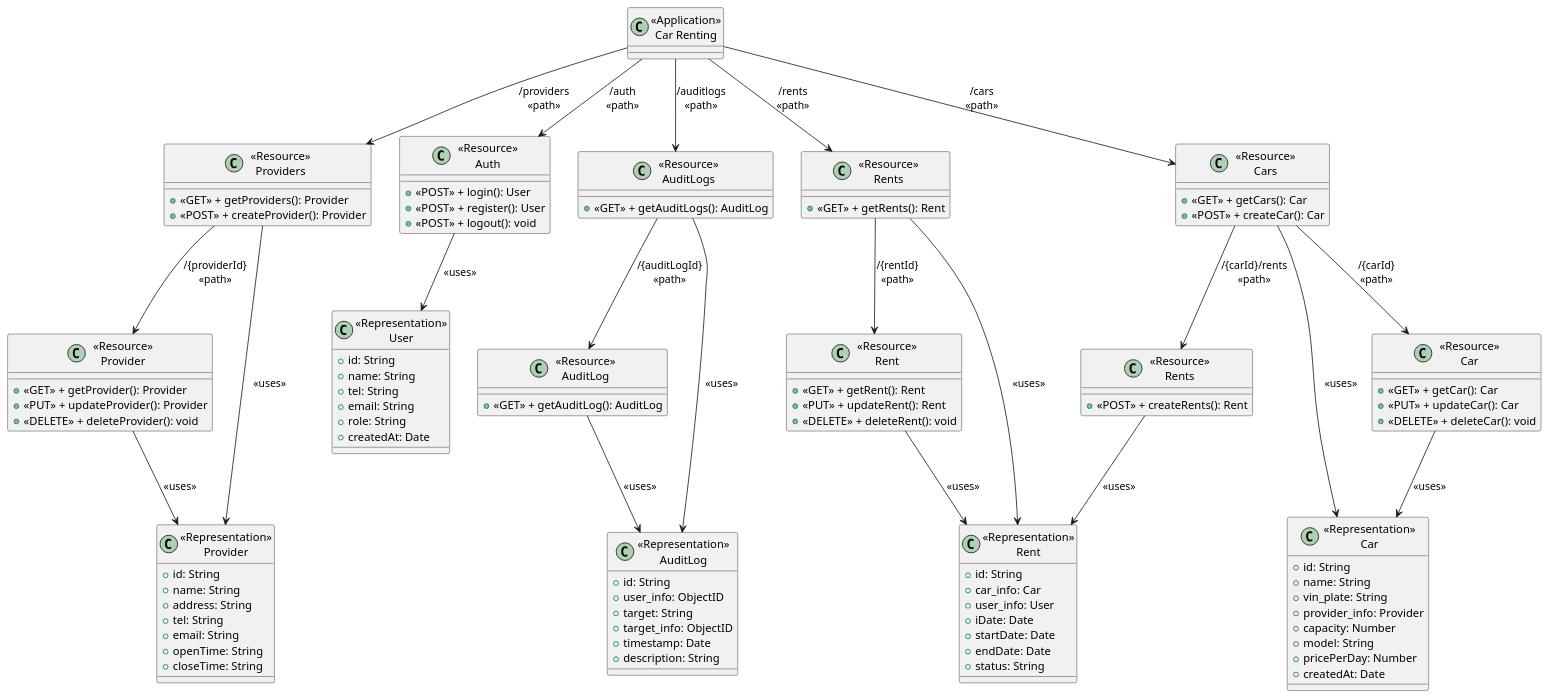
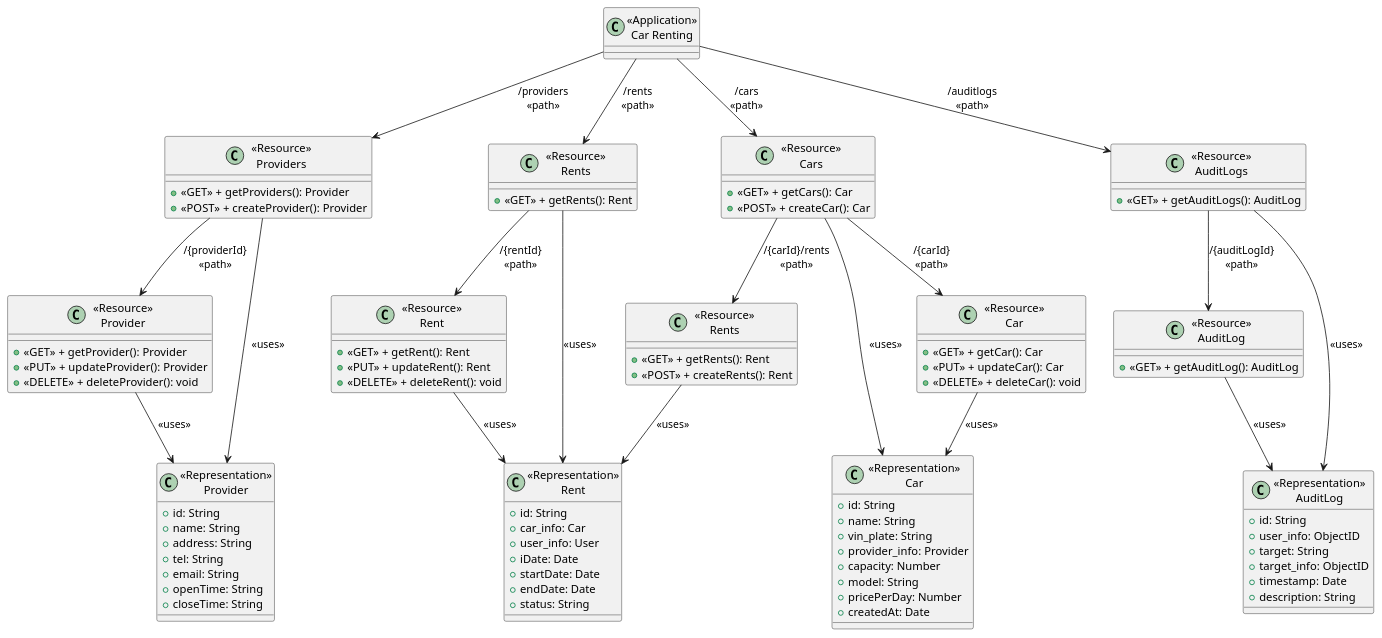
The diagram in UML/UMLclassDiagram.puml (2110503-2564/se-project-backend-23_arm-speedbus), drawn with PlantUML before and after one commit. The commit also changed 1 other file, not shown here.

```diff
--- a/UML/UMLclassDiagram.puml
+++ b/UML/UMLclassDiagram.puml
@@ -1,124 +1,107 @@
 @startuml
 
 class Server as "<<Application>>\nCar Renting" {
 }
 
 class Providers as "<<Resource>>\nProviders" {
     + <<GET>> + getProviders(): Provider
     + <<POST>> + createProvider(): Provider
 }
 class Provider as "<<Resource>>\nProvider"{
     + <<GET>> + getProvider(): Provider
     + <<PUT>> + updateProvider(): Provider
     + <<DELETE>> + deleteProvider(): void
 }
 class ProviderRepresentation as "<<Representation>>\nProvider" {
     + id: String
     + name: String
     + address: String
     + tel: String
     + email: String
     + openTime: String
     + closeTime: String
 }
 
 Server --> Providers : /providers\n<<path>>
 Providers --> Provider : /{providerId}\n<<path>>
 Providers --> ProviderRepresentation : <<uses>>
 Provider --> ProviderRepresentation : <<uses>>
-
-class Auth as "<<Resource>>\nAuth" {
-    + <<POST>> + login(): User
-    + <<POST>> + register(): User
-    + <<POST>> + logout(): void
-}
-
-
-class UserRepresentation as "<<Representation>>\nUser" {
-    + id: String
-    + name: String
-    + tel: String
-    + email: String
-    + role: String
-    + createdAt: Date
-}
-
-Server --> Auth : /auth\n<<path>>
-Auth --> UserRepresentation : <<uses>>
-
-
-class AuditLogs as "<<Resource>>\nAuditLogs" {
-    + <<GET>> + getAuditLogs(): AuditLog
-}
-class AuditLog as "<<Resource>>\nAuditLog" {
-    + <<GET>> + getAuditLog(): AuditLog
-}
-class AuditLogRepresentation as "<<Representation>>\nAuditLog" {
-    + id: String
-    + user_info: ObjectID
-    + target: String
-    + target_info: ObjectID
-    + timestamp: Date
-    + description: String
-}
-
-Server --> AuditLogs : /auditlogs\n<<path>>
-AuditLogs --> AuditLog : /{auditLogId}\n<<path>>
-AuditLogs --> AuditLogRepresentation : <<uses>>
-AuditLog --> AuditLogRepresentation : <<uses>>
 
 class Rents as "<<Resource>>\nRents" {
     + <<GET>> + getRents(): Rent
 }
 class Rent as "<<Resource>>\nRent" {
     + <<GET>> + getRent(): Rent
     + <<PUT>> + updateRent(): Rent
     + <<DELETE>> + deleteRent(): void
 }
 class RentRepresentation as "<<Representation>>\nRent" {
     + id: String
     + car_info: Car
     + user_info: User
     + iDate: Date
     + startDate: Date
     + endDate: Date
     + status: String
 }
 
 Server --> Rents : /rents\n<<path>>
 Rents --> Rent : /{rentId}\n<<path>>
 Rents --> RentRepresentation : <<uses>>
 Rent --> RentRepresentation : <<uses>>
 
 class Cars as "<<Resource>>\nCars" {
     + <<GET>> + getCars(): Car
     + <<POST>> + createCar(): Car
 }
 class Car as "<<Resource>>\nCar" {
     + <<GET>> + getCar(): Car
     + <<PUT>> + updateCar(): Car
     + <<DELETE>> + deleteCar(): void
 }
 class CreateRent as "<<Resource>>\nRents" {
+    + <<GET>> + getRents(): Rent
     + <<POST>> + createRents(): Rent
 }
 
 class CarRepresentation as "<<Representation>>\nCar" {
     + id: String
     + name: String
     + vin_plate: String
     + provider_info: Provider
     + capacity: Number
     + model: String
     + pricePerDay: Number
     + createdAt: Date
 }
 
 Server --> Cars : /cars\n<<path>>
 Cars --> Car : /{carId}\n<<path>>
 Cars --> CreateRent : /{carId}/rents\n<<path>>
 CreateRent --> RentRepresentation : <<uses>>
 Cars --> CarRepresentation : <<uses>>
 Car --> CarRepresentation : <<uses>>
 
+
+class AuditLogs as "<<Resource>>\nAuditLogs" {
+    + <<GET>> + getAuditLogs(): AuditLog
+}
+class AuditLog as "<<Resource>>\nAuditLog" {
+    + <<GET>> + getAuditLog(): AuditLog
+}
+class AuditLogRepresentation as "<<Representation>>\nAuditLog" {
+    + id: String
+    + user_info: ObjectID
+    + target: String
+    + target_info: ObjectID
+    + timestamp: Date
+    + description: String
+}
+
+Server --> AuditLogs : /auditlogs\n<<path>>
+AuditLogs --> AuditLog : /{auditLogId}\n<<path>>
+AuditLogs --> AuditLogRepresentation : <<uses>>
+AuditLog --> AuditLogRepresentation : <<uses>>
+
+
 @enduml
```
